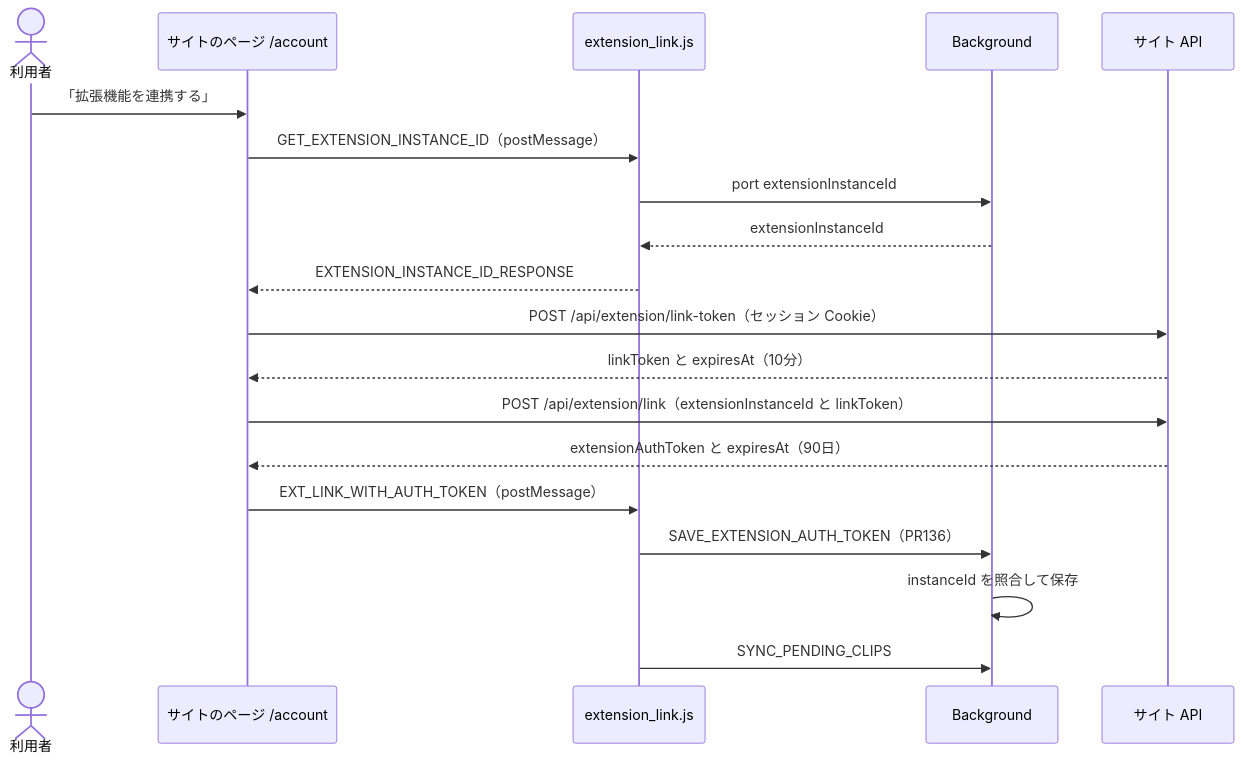
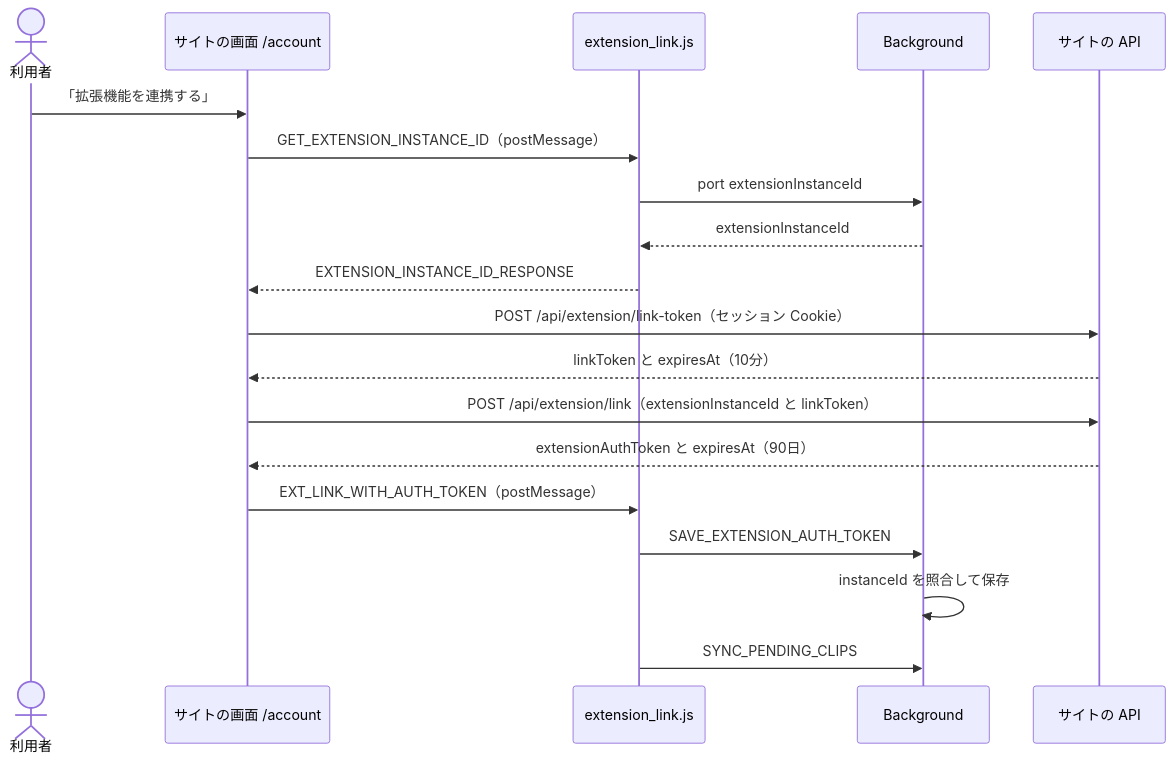
Before and after one commit to FigFingers/movieClipExtension: the second of 5 diagrams in design-doc.md, drawn with Mermaid. The commit also changed other lines of this file and 1 other file, not shown here.

```diff
--- a/design-doc.md
+++ b/design-doc.md
@@ -230,21 +236,21 @@
 ~~~mermaid
 sequenceDiagram
   actor U as 利用者
-  participant P as サイトのページ /account
+  participant P as サイトの画面 /account
   participant B as extension_link.js
   participant BG as Background
-  participant API as サイト API
+  participant API as サイトの API
   U->>P: 「拡張機能を連携する」
   P->>B: GET_EXTENSION_INSTANCE_ID（postMessage）
   B->>BG: port extensionInstanceId
   BG-->>B: extensionInstanceId
   B-->>P: EXTENSION_INSTANCE_ID_RESPONSE
   P->>API: POST /api/extension/link-token（セッション Cookie）
   API-->>P: linkToken と expiresAt（10分）
   P->>API: POST /api/extension/link（extensionInstanceId と linkToken）
   API-->>P: extensionAuthToken と expiresAt（90日）
   P->>B: EXT_LINK_WITH_AUTH_TOKEN（postMessage）
-  B->>BG: SAVE_EXTENSION_AUTH_TOKEN（PR136）
+  B->>BG: SAVE_EXTENSION_AUTH_TOKEN
   BG->>BG: instanceId を照合して保存
   B->>BG: SYNC_PENDING_CLIPS
 ~~~
```
